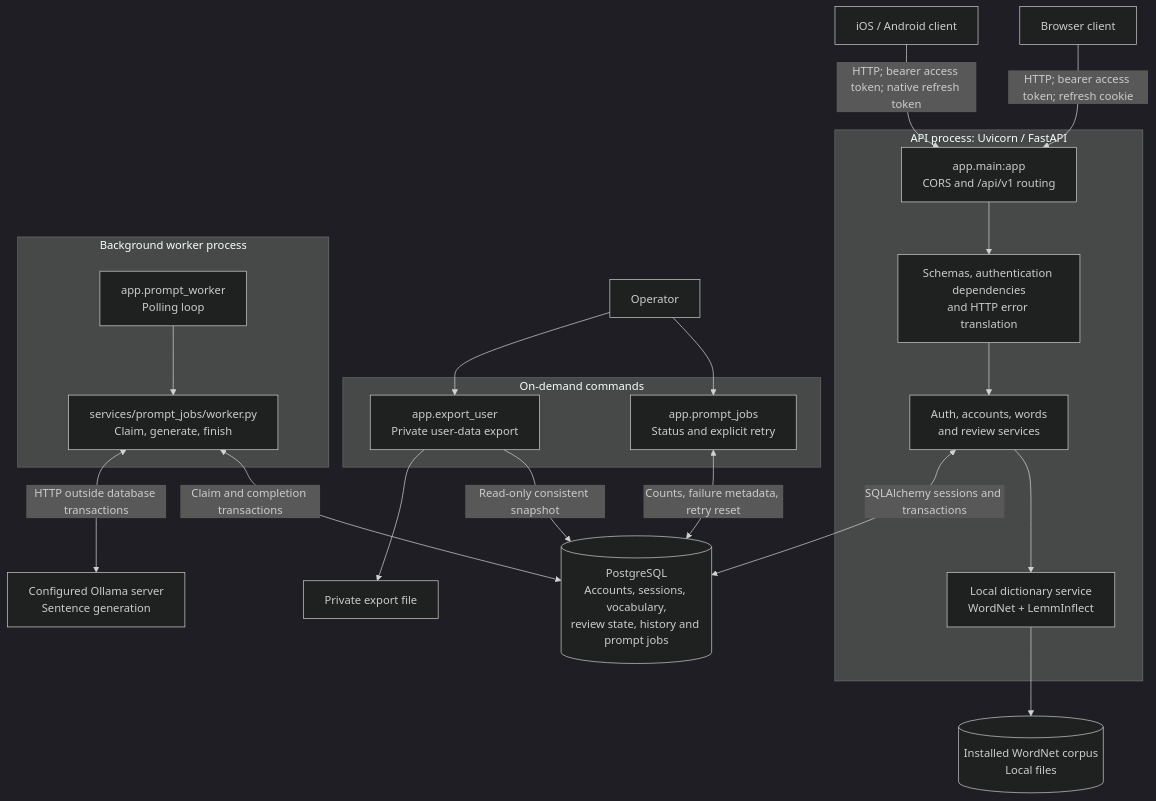
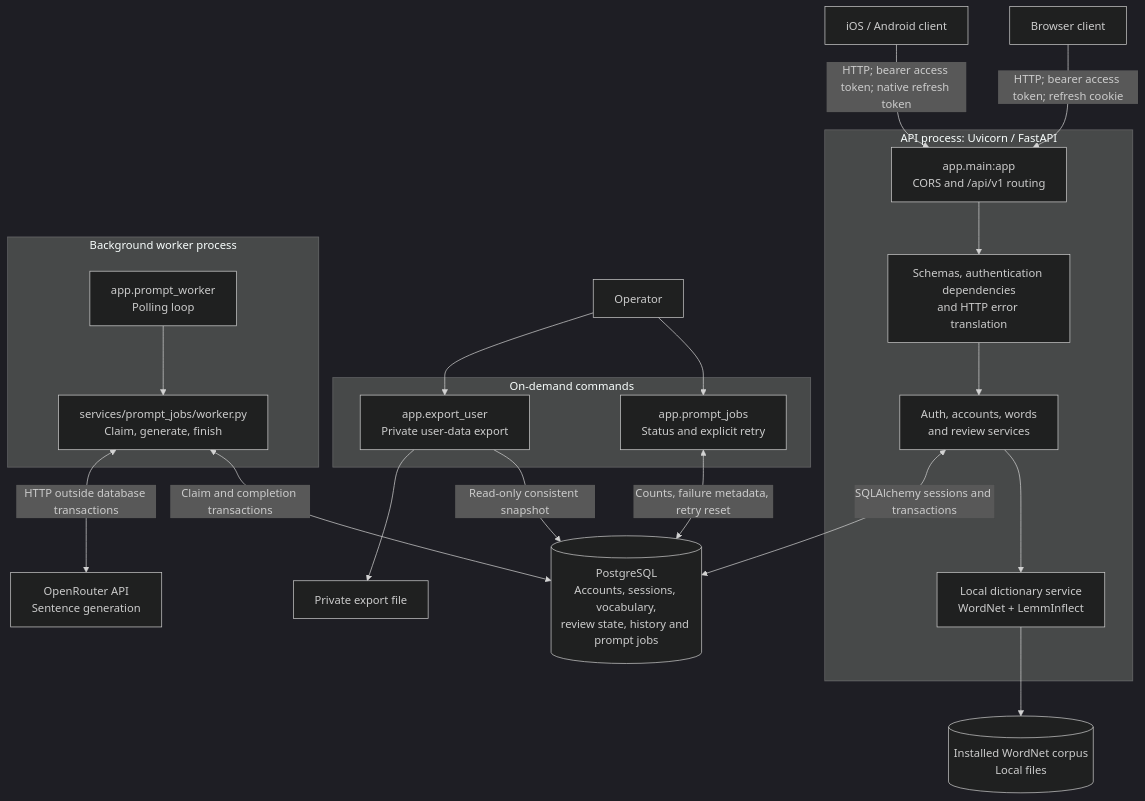
One commit to jerrynguyen0210/english-vocab-app changed the first of 12 diagrams in docs/backend-architecture.md. Above: the diagram before and after it, drawn with Mermaid (dark theme). The commit also changed other lines of this file and 17 other files, not shown here.

Commit message:
Switch review prompt generation to OpenRouter

````diff
--- a/docs/backend-architecture.md
+++ b/docs/backend-architecture.md
@@ -13,43 +13,43 @@
 ```mermaid
 flowchart TB
     browser["Browser client"]
     native["iOS / Android client"]
     operator["Operator"]
 
     subgraph api_process["API process: Uvicorn / FastAPI"]
         http["app.main:app<br/>CORS and /api/v1 routing"]
         boundary["Schemas, authentication dependencies<br/>and HTTP error translation"]
         services["Auth, accounts, words<br/>and review services"]
         dictionary["Local dictionary service<br/>WordNet + LemmInflect"]
         http --> boundary --> services
         services --> dictionary
     end
 
     subgraph worker_process["Background worker process"]
         loop["app.prompt_worker<br/>Polling loop"]
         jobs["services/prompt_jobs/worker.py<br/>Claim, generate, finish"]
         loop --> jobs
     end
 
     subgraph commands["On-demand commands"]
         admin["app.prompt_jobs<br/>Status and explicit retry"]
         export["app.export_user<br/>Private user-data export"]
     end
 
     db[("PostgreSQL<br/>Accounts, sessions, vocabulary,<br/>review state, history and prompt jobs")]
-    ollama["Configured Ollama server<br/>Sentence generation"]
+    openrouter["OpenRouter API<br/>Sentence generation"]
     corpus[("Installed WordNet corpus<br/>Local files")]
     archive["Private export file"]
 
     browser -->|"HTTP; bearer access token; refresh cookie"| http
     native -->|"HTTP; bearer access token; native refresh token"| http
     services <-->|"SQLAlchemy sessions and transactions"| db
     dictionary --> corpus
     jobs <-->|"Claim and completion transactions"| db
-    jobs <-->|"HTTP outside database transactions"| ollama
+    jobs <-->|"HTTP outside database transactions"| openrouter
     operator --> admin
     operator --> export
     admin <-->|"Counts, failure metadata, retry reset"| db
     export -->|"Read-only consistent snapshot"| db
     export --> archive
 ```
````
